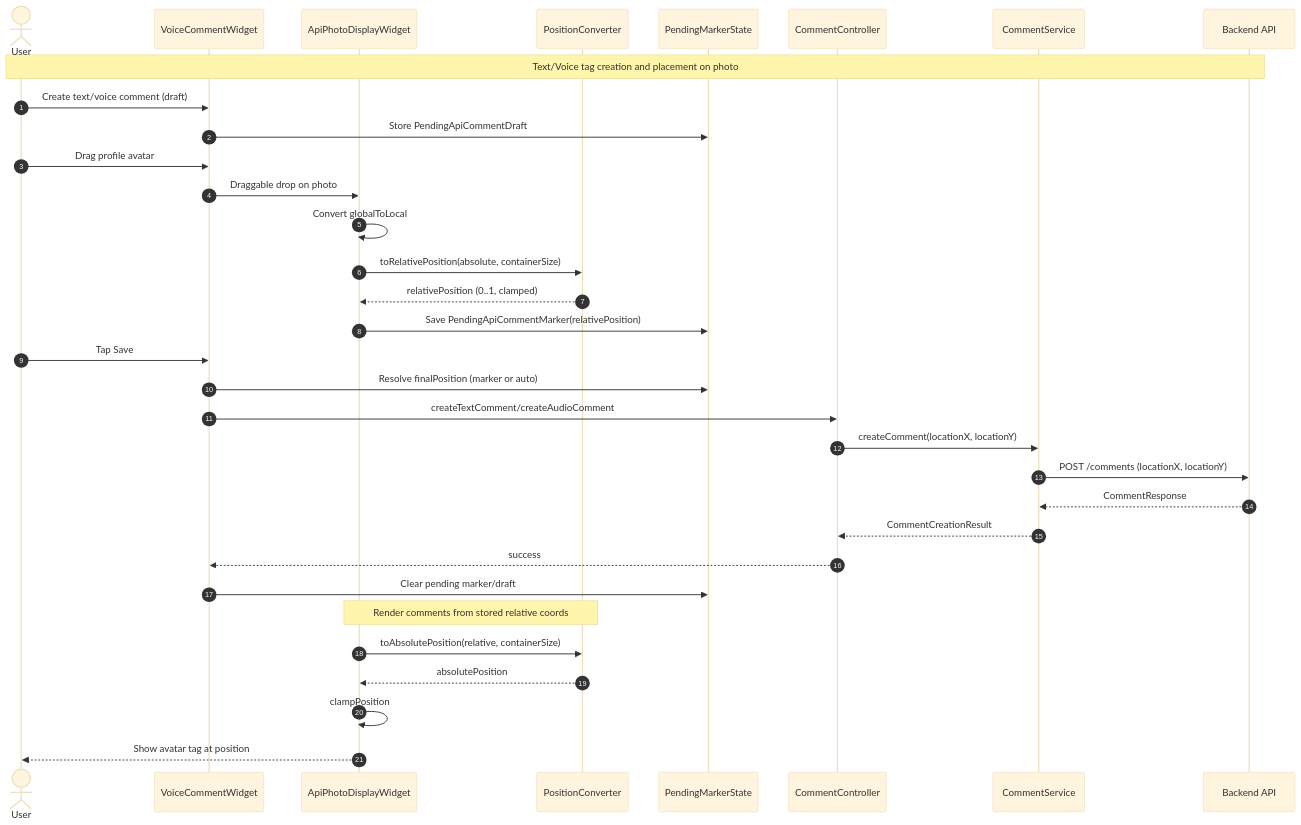
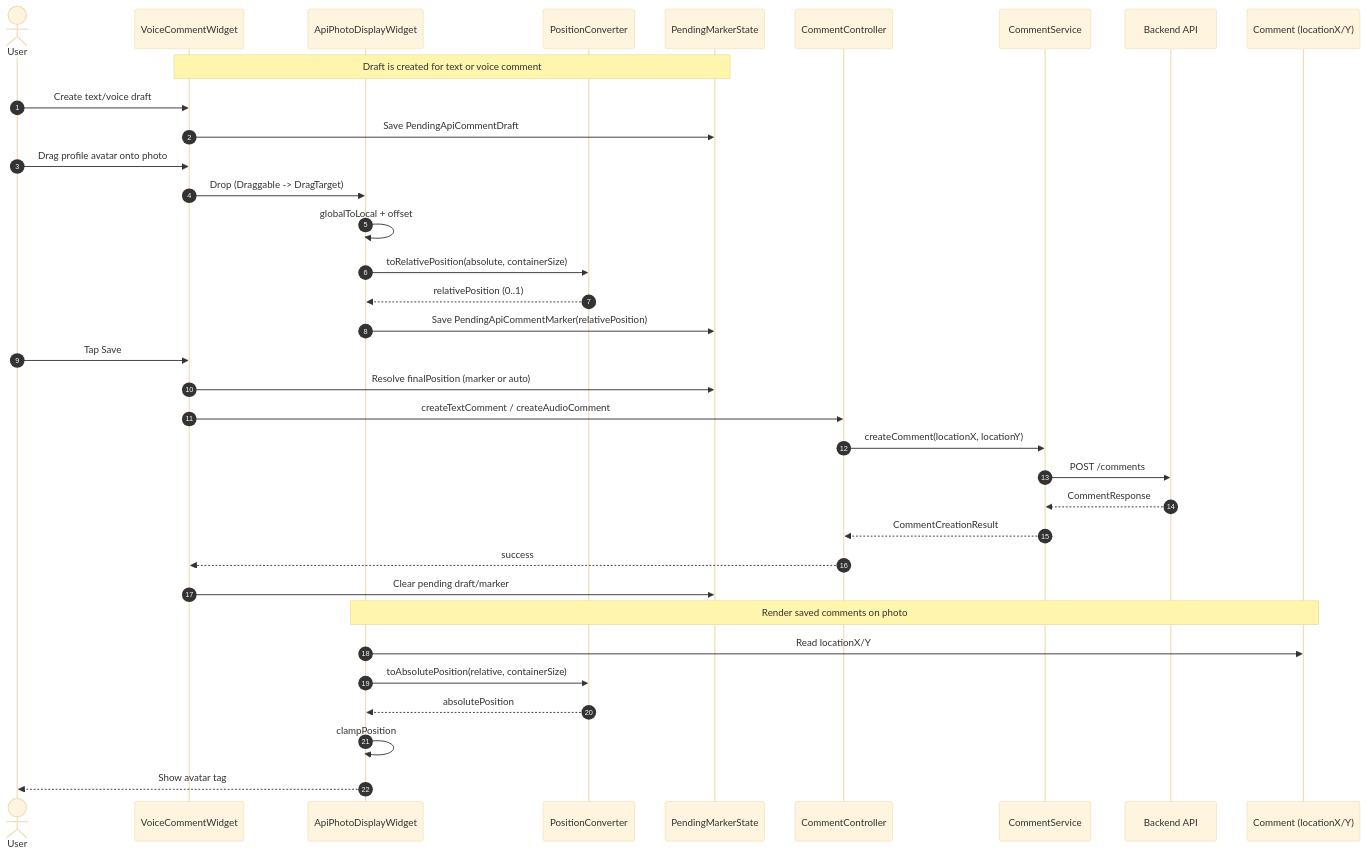
Before and after one commit to minchanpark/SOI: the diagram in docs/comment_tag_sequence.mmd, drawn with Mermaid (base theme). The commit also changed 14 other files, not shown here.

Commit message:
feat: Remove outdated CocoaPods fix guide and update comment tags in sequence diagram

```diff
--- a/docs/comment_tag_sequence.mmd
+++ b/docs/comment_tag_sequence.mmd
@@ -1,37 +1,39 @@
 sequenceDiagram
   autonumber
   actor User
   participant VCW as VoiceCommentWidget
   participant APDW as ApiPhotoDisplayWidget
   participant PC as PositionConverter
   participant State as PendingMarkerState
   participant CC as CommentController
   participant CS as CommentService
   participant API as Backend API
+  participant Model as Comment (locationX/Y)
 
-  Note over User,API: Text/Voice tag creation and placement on photo
+  Note over VCW,State: Draft is created for text or voice comment
+  User->>VCW: Create text/voice draft
+  VCW->>State: Save PendingApiCommentDraft
 
-  User->>VCW: Create text/voice comment (draft)
-  VCW->>State: Store PendingApiCommentDraft
-  User->>VCW: Drag profile avatar
-  VCW->>APDW: Draggable drop on photo
-  APDW->>APDW: Convert globalToLocal
+  User->>VCW: Drag profile avatar onto photo
+  VCW->>APDW: Drop (Draggable -> DragTarget)
+  APDW->>APDW: globalToLocal + offset
   APDW->>PC: toRelativePosition(absolute, containerSize)
-  PC-->>APDW: relativePosition (0..1, clamped)
+  PC-->>APDW: relativePosition (0..1)
   APDW->>State: Save PendingApiCommentMarker(relativePosition)
 
   User->>VCW: Tap Save
   VCW->>State: Resolve finalPosition (marker or auto)
-  VCW->>CC: createTextComment/createAudioComment
+  VCW->>CC: createTextComment / createAudioComment
   CC->>CS: createComment(locationX, locationY)
-  CS->>API: POST /comments (locationX, locationY)
+  CS->>API: POST /comments
   API-->>CS: CommentResponse
   CS-->>CC: CommentCreationResult
   CC-->>VCW: success
-  VCW->>State: Clear pending marker/draft
+  VCW->>State: Clear pending draft/marker
 
-  Note over APDW,PC: Render comments from stored relative coords
+  Note over APDW,Model: Render saved comments on photo
+  APDW->>Model: Read locationX/Y
   APDW->>PC: toAbsolutePosition(relative, containerSize)
   PC-->>APDW: absolutePosition
   APDW->>APDW: clampPosition
-  APDW-->>User: Show avatar tag at position
+  APDW-->>User: Show avatar tag
```
